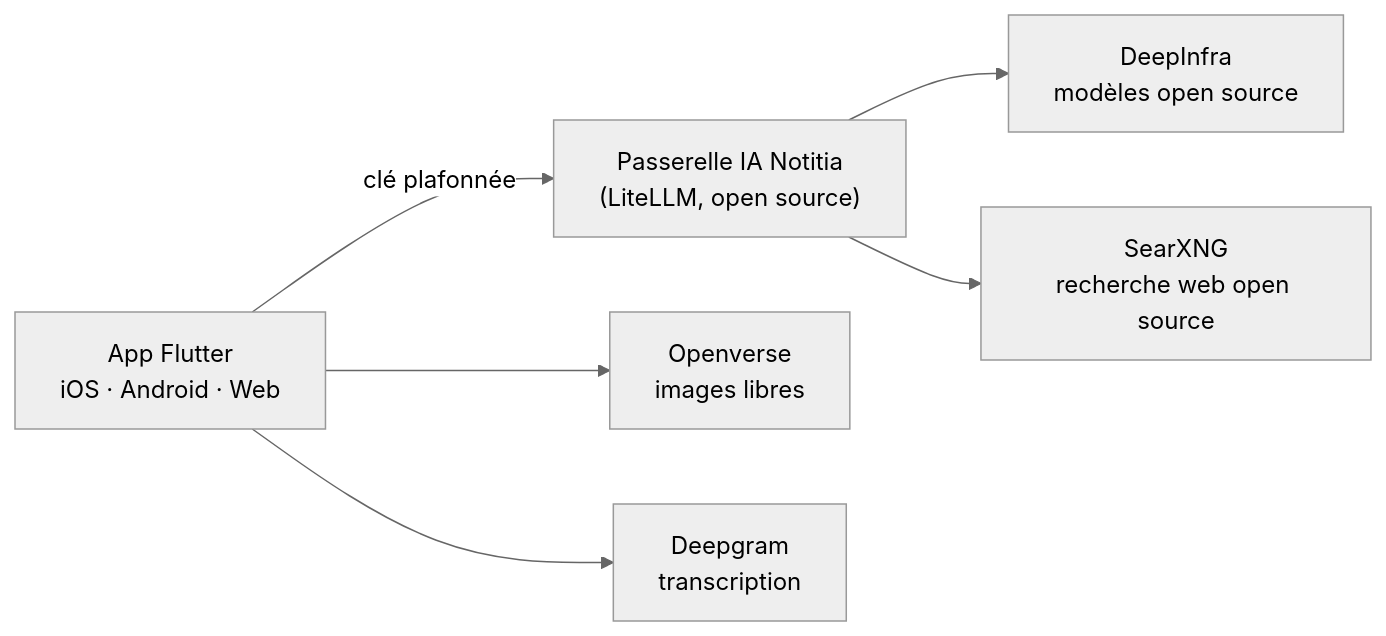
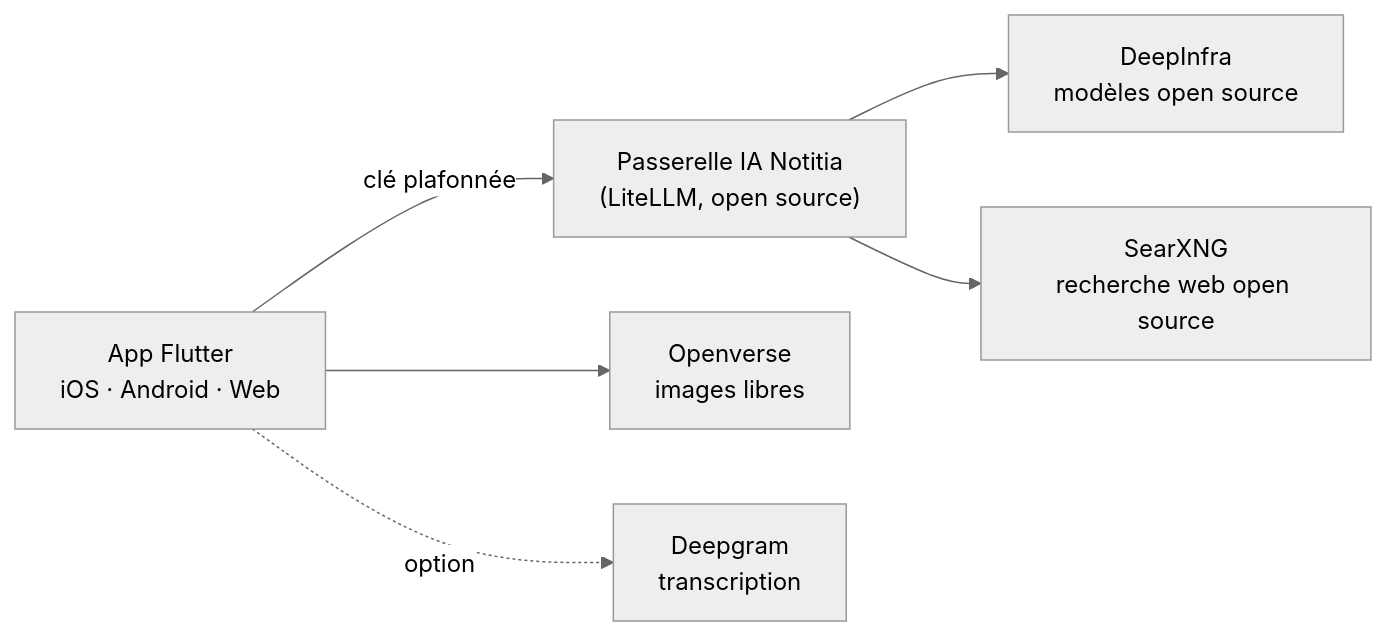
One commit to NotitiaEIP/MVP_Notitia changed the diagram in docs/suivi/periode_2026-10-09.md. Above: the diagram before and after it, drawn with Mermaid (neutral theme). The commit also changed other lines of this file and 19 other files, not shown here.

````diff
--- a/docs/suivi/periode_2026-10-09.md
+++ b/docs/suivi/periode_2026-10-09.md
@@ -43,8 +43,8 @@
 ```mermaid
 flowchart LR
   App["App Flutter<br/>iOS · Android · Web"] -->|clé plafonnée| GW["Passerelle IA Notitia<br/>(LiteLLM, open source)"]
   GW --> DI["DeepInfra<br/>modèles open source"]
   GW --> SX["SearXNG<br/>recherche web open source"]
   App --> OV["Openverse<br/>images libres"]
-  App --> DG["Deepgram<br/>transcription"]
+  App -.->|option| DG["Deepgram<br/>transcription"]
 ```
````
